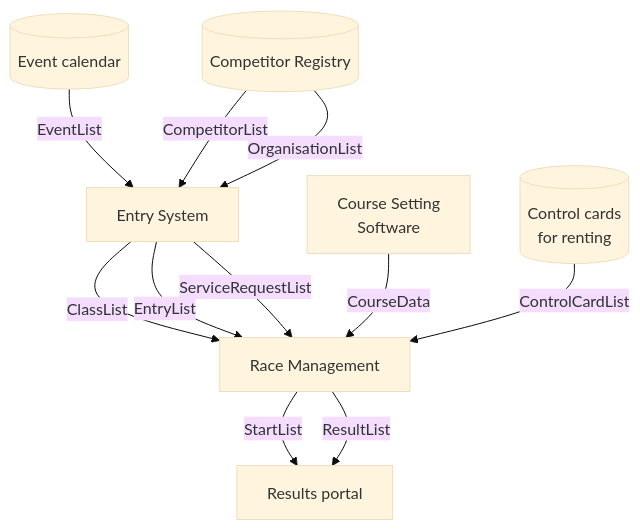
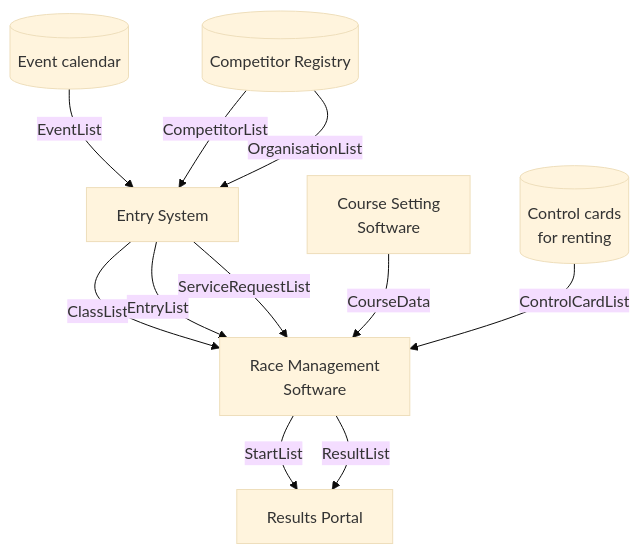
One commit to international-orienteering-federation/datastandard-v.next changed the first of 6 diagrams in FLOW.md. Above: the diagram before and after it, drawn with Mermaid (base theme). The commit also changed other lines of this file, not shown here.

````diff
--- a/FLOW.md
+++ b/FLOW.md
@@ -20,25 +20,25 @@
 ```mermaid
 
 flowchart TD
   EVDB["Event calendar"]
   PEDB["Competitor Registry"]
-  RP["Results portal"]
+  RP["Results Portal"]
   CCL["Control cards<br>for renting"]
   EVDB@{ shape: cyl}
   PEDB@{ shape: cyl}
   CCL@{ shape: cyl}
 
   EVDB--EventList-->ES[Entry System]
   PEDB--CompetitorList-->ES[Entry System]
   PEDB--OrganisationList-->ES[Entry System]
 
-  ES--ClassList-->RM[Race Management]
-  ES--EntryList-->RM[Race Management]
-  ES--ServiceRequestList-->RM[Race Management]
+  ES--ClassList-->RM[Race Management<br>Software]
+  ES--EntryList-->RM
+  ES--ServiceRequestList-->RM
 
   CS[Course Setting<br>Software]--CourseData-->RM
 
   CCL--ControlCardList-->RM
   RM--StartList-->RP
   RM--ResultList-->RP
 ```
````
